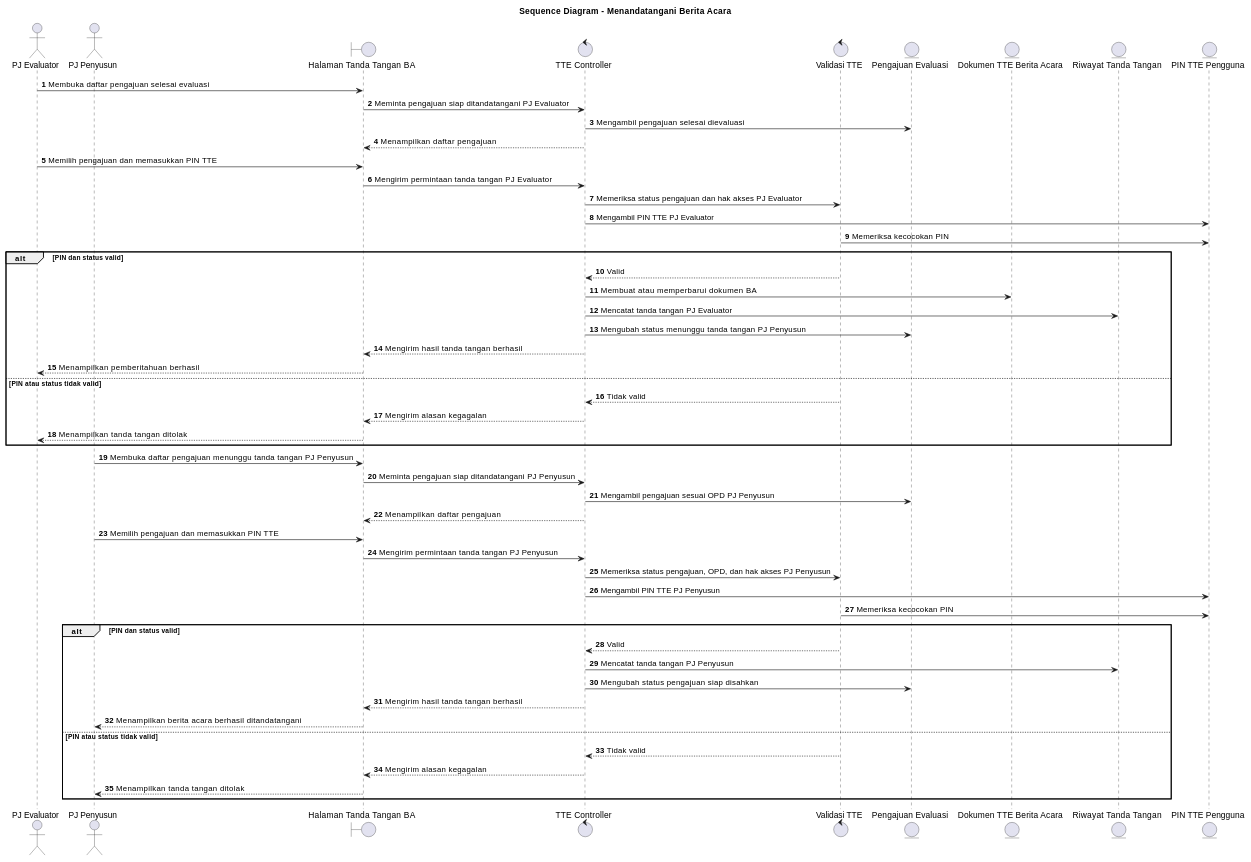
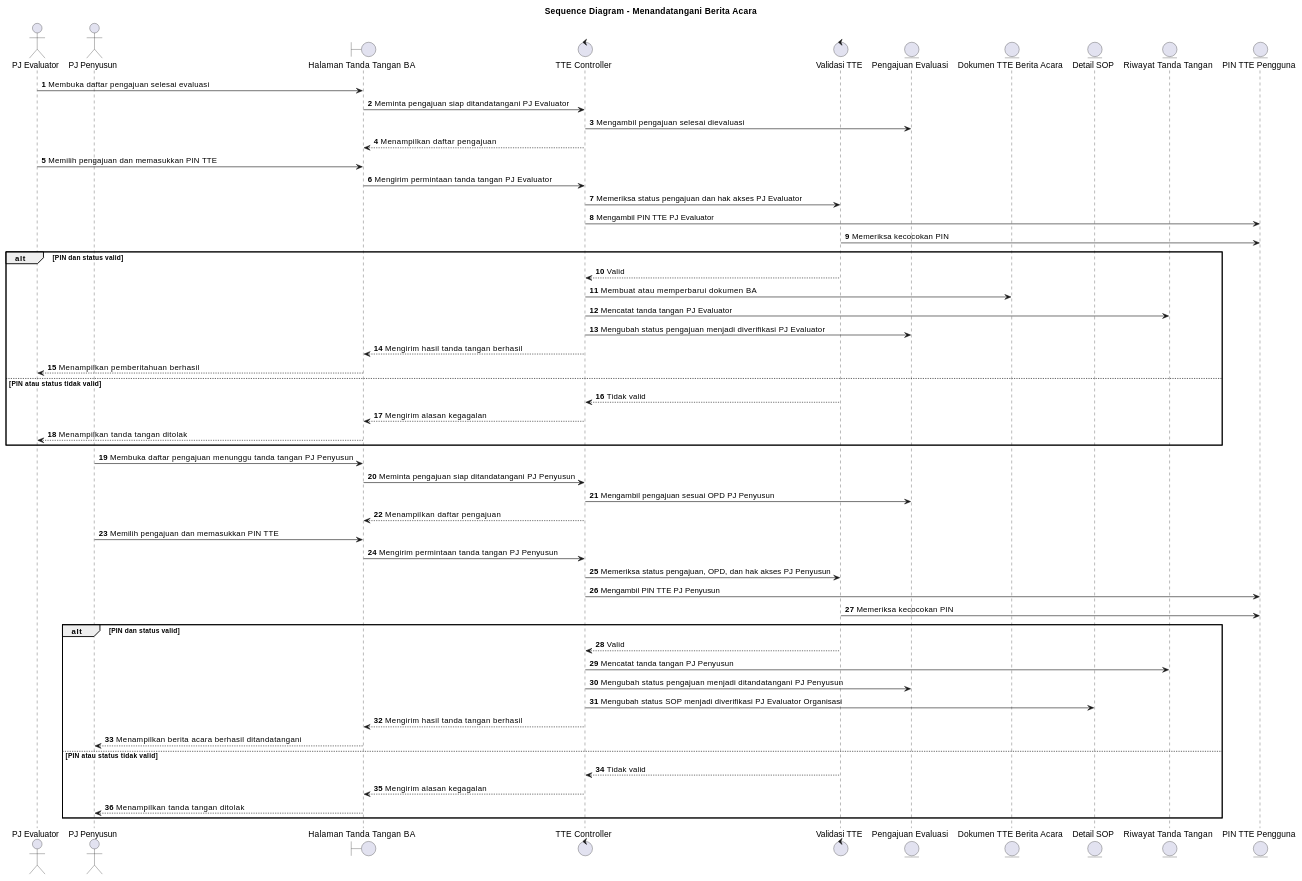
One commit to howlil/sop-generate-app changed the diagram in docs/sequence/pj-evaluator-pj-penyusun-menandatangani-berita-acara.md. Above: the diagram before and after it, drawn with PlantUML. The commit also changed 18 other files, not shown here.

````diff
--- a/docs/sequence/pj-evaluator-pj-penyusun-menandatangani-berita-acara.md
+++ b/docs/sequence/pj-evaluator-pj-penyusun-menandatangani-berita-acara.md
@@ -16,64 +16,66 @@
 ```plantuml
 @startuml
 title Sequence Diagram - Menandatangani Berita Acara
 autonumber
 
 actor "PJ Evaluator" as PJE
 actor "PJ Penyusun" as PJP
 boundary "Halaman Tanda Tangan BA" as UI
 control "TTE Controller" as TTECtrl
 control "Validasi TTE" as Validasi
 entity "Pengajuan Evaluasi" as Pengajuan
 entity "Dokumen TTE Berita Acara" as DokumenTTE
+entity "Detail SOP" as Detail
 entity "Riwayat Tanda Tangan" as Riwayat
 entity "PIN TTE Pengguna" as Pin
 
 PJE -> UI : Membuka daftar pengajuan selesai evaluasi
 UI -> TTECtrl : Meminta pengajuan siap ditandatangani PJ Evaluator
 TTECtrl -> Pengajuan : Mengambil pengajuan selesai dievaluasi
 TTECtrl --> UI : Menampilkan daftar pengajuan
 
 PJE -> UI : Memilih pengajuan dan memasukkan PIN TTE
 UI -> TTECtrl : Mengirim permintaan tanda tangan PJ Evaluator
 TTECtrl -> Validasi : Memeriksa status pengajuan dan hak akses PJ Evaluator
 TTECtrl -> Pin : Mengambil PIN TTE PJ Evaluator
 Validasi -> Pin : Memeriksa kecocokan PIN
 
 alt PIN dan status valid
   Validasi --> TTECtrl : Valid
   TTECtrl -> DokumenTTE : Membuat atau memperbarui dokumen BA
   TTECtrl -> Riwayat : Mencatat tanda tangan PJ Evaluator
-  TTECtrl -> Pengajuan : Mengubah status menunggu tanda tangan PJ Penyusun
+  TTECtrl -> Pengajuan : Mengubah status pengajuan menjadi diverifikasi PJ Evaluator
   TTECtrl --> UI : Mengirim hasil tanda tangan berhasil
   UI --> PJE : Menampilkan pemberitahuan berhasil
 else PIN atau status tidak valid
   Validasi --> TTECtrl : Tidak valid
   TTECtrl --> UI : Mengirim alasan kegagalan
   UI --> PJE : Menampilkan tanda tangan ditolak
 end
 
 PJP -> UI : Membuka daftar pengajuan menunggu tanda tangan PJ Penyusun
 UI -> TTECtrl : Meminta pengajuan siap ditandatangani PJ Penyusun
 TTECtrl -> Pengajuan : Mengambil pengajuan sesuai OPD PJ Penyusun
 TTECtrl --> UI : Menampilkan daftar pengajuan
 
 PJP -> UI : Memilih pengajuan dan memasukkan PIN TTE
 UI -> TTECtrl : Mengirim permintaan tanda tangan PJ Penyusun
 TTECtrl -> Validasi : Memeriksa status pengajuan, OPD, dan hak akses PJ Penyusun
 TTECtrl -> Pin : Mengambil PIN TTE PJ Penyusun
 Validasi -> Pin : Memeriksa kecocokan PIN
 
 alt PIN dan status valid
   Validasi --> TTECtrl : Valid
   TTECtrl -> Riwayat : Mencatat tanda tangan PJ Penyusun
-  TTECtrl -> Pengajuan : Mengubah status pengajuan siap disahkan
+  TTECtrl -> Pengajuan : Mengubah status pengajuan menjadi ditandatangani PJ Penyusun
+  TTECtrl -> Detail : Mengubah status SOP menjadi diverifikasi PJ Evaluator Organisasi
   TTECtrl --> UI : Mengirim hasil tanda tangan berhasil
   UI --> PJP : Menampilkan berita acara berhasil ditandatangani
 else PIN atau status tidak valid
   Validasi --> TTECtrl : Tidak valid
   TTECtrl --> UI : Mengirim alasan kegagalan
   UI --> PJP : Menampilkan tanda tangan ditolak
 end
 
 @enduml
 ```
````
